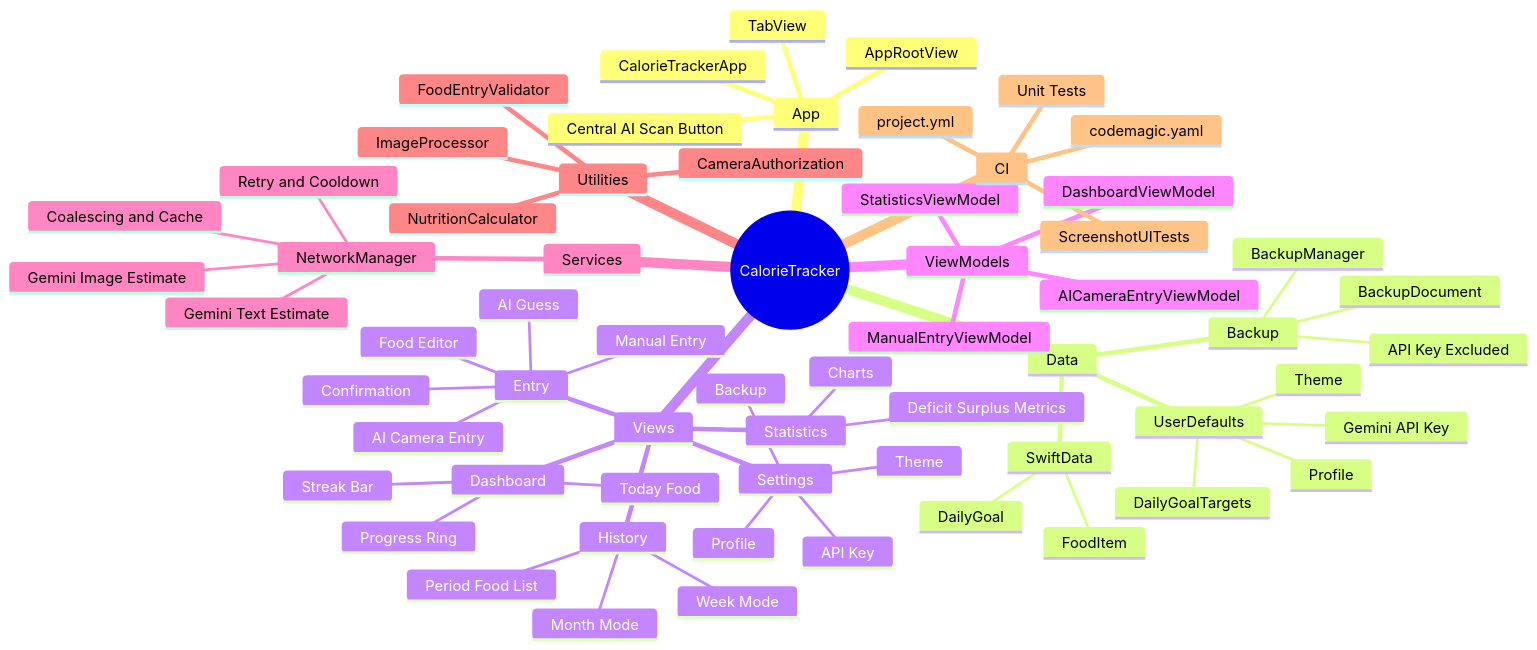
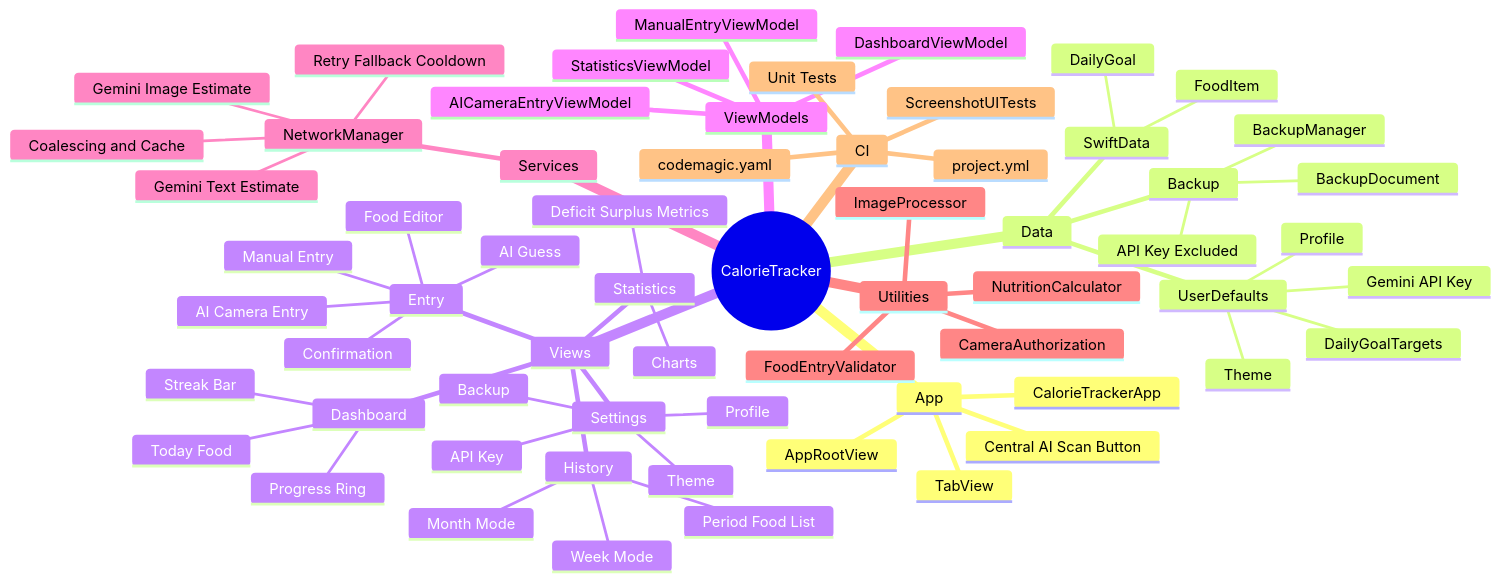
Before and after one commit to hrwire127/CalorieTracker: the diagram in docs/ARCHITECTURE.md, drawn with Mermaid. The commit also changed other lines of this file and 5 other files, not shown here.

````diff
--- a/docs/ARCHITECTURE.md
+++ b/docs/ARCHITECTURE.md
@@ -32,66 +32,66 @@
 ```mermaid
 mindmap
   root((CalorieTracker))
     App
       CalorieTrackerApp
       AppRootView
       TabView
       Central AI Scan Button
     Data
       SwiftData
         DailyGoal
         FoodItem
       UserDefaults
         DailyGoalTargets
         Profile
         Theme
         Gemini API Key
       Backup
         BackupManager
         BackupDocument
         API Key Excluded
     Views
       Dashboard
         Progress Ring
         Streak Bar
         Today Food
       Entry
         Manual Entry
         AI Guess
         AI Camera Entry
         Confirmation
         Food Editor
       History
         Week Mode
         Month Mode
         Period Food List
       Statistics
         Charts
         Deficit Surplus Metrics
       Settings
         Profile
         Theme
         Backup
         API Key
     ViewModels
       DashboardViewModel
       ManualEntryViewModel
       AICameraEntryViewModel
       StatisticsViewModel
     Services
       NetworkManager
         Gemini Image Estimate
         Gemini Text Estimate
-        Retry and Cooldown
+        Retry Fallback Cooldown
         Coalescing and Cache
     Utilities
       FoodEntryValidator
       NutritionCalculator
       ImageProcessor
       CameraAuthorization
     CI
       project.yml
       codemagic.yaml
       Unit Tests
       ScreenshotUITests
 ```
````
